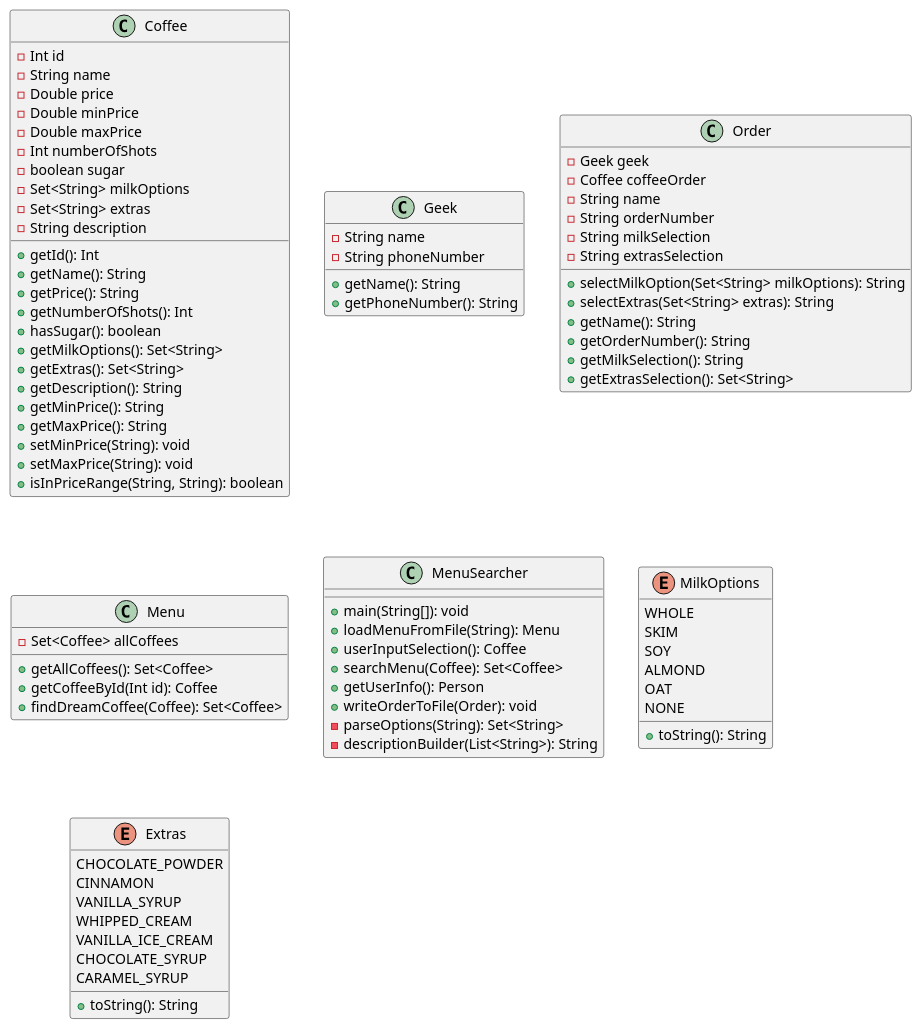
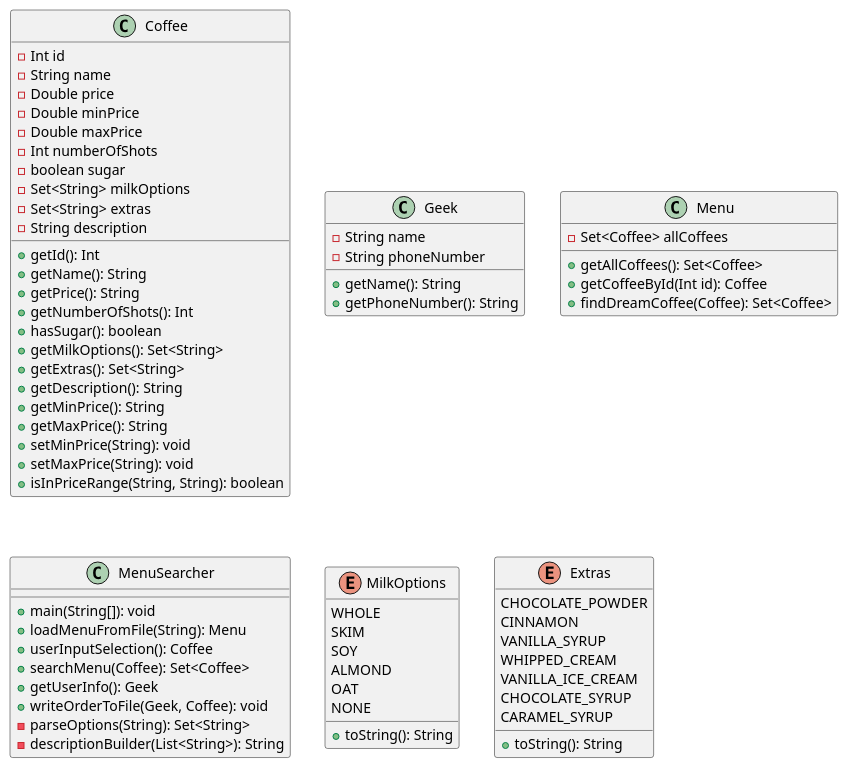
One commit to dangoodie/cosc120 changed the diagram in assignments/assigment1/design-diagram.md. Above: the diagram before and after it, drawn with PlantUML. The commit also changed 5 other files, not shown here.

```diff
--- a/assignments/assigment1/design-diagram.md
+++ b/assignments/assigment1/design-diagram.md
@@ -34,21 +34,6 @@
     + getPhoneNumber(): String
 }
 
-class Order {
-    - Geek geek
-    - Coffee coffeeOrder
-    - String name
-    - String orderNumber
-    - String milkSelection
-    - String extrasSelection
-    + selectMilkOption(Set<String> milkOptions): String
-    + selectExtras(Set<String> extras): String
-    + getName(): String
-    + getOrderNumber(): String
-    + getMilkSelection(): String
-    + getExtrasSelection(): Set<String>    
-}
-
 class Menu {
     - Set<Coffee> allCoffees
     + getAllCoffees(): Set<Coffee>
@@ -61,8 +46,8 @@
     + loadMenuFromFile(String): Menu
     + userInputSelection(): Coffee
     + searchMenu(Coffee): Set<Coffee>
-    + getUserInfo(): Person
-    + writeOrderToFile(Order): void
+    + getUserInfo(): Geek
+    + writeOrderToFile(Geek, Coffee): void
     - parseOptions(String): Set<String>
     - descriptionBuilder(List<String>): String
 }
```
